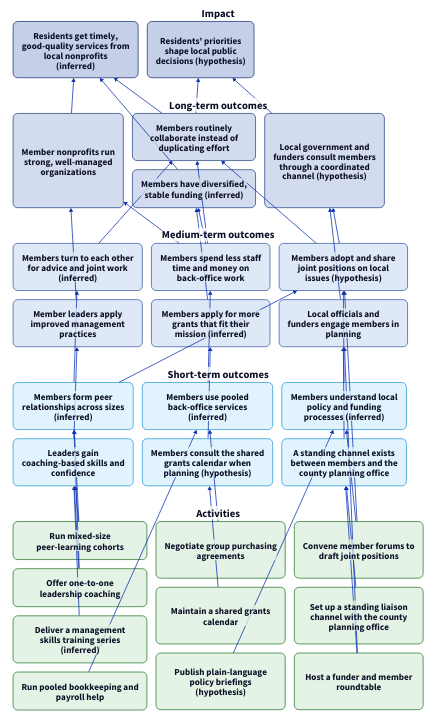
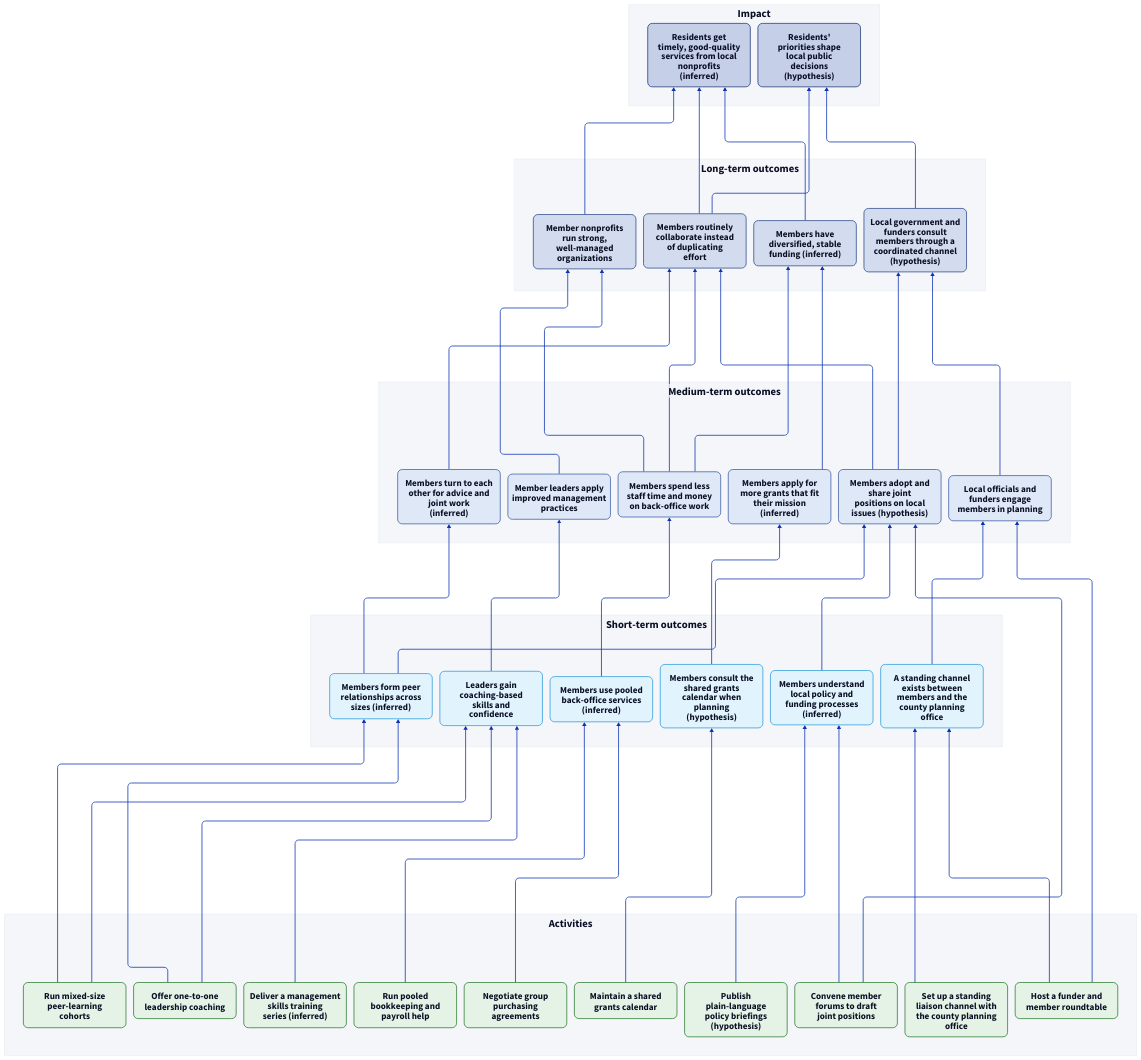
Before and after one commit to ProductBuildersHQ/impact-model: the first of 7 diagrams in pkg/document/testdata/intermediary-nonprofit.md, drawn with D2. The commit also changed other lines of this file and 8 other files, not shown here.

````diff
--- a/pkg/document/testdata/intermediary-nonprofit.md
+++ b/pkg/document/testdata/intermediary-nonprofit.md
@@ -19,6 +19,11 @@
 ```d2
-grid-rows: 5
-vertical-gap: 24
+vars: {
+  d2-config: {
+    layout-engine: elk
+  }
+}
+
+direction: up
 
 classes: {
   activities: {
@@ -26,160 +31,156 @@
     style.stroke: "#2e7d32"
     style.border-radius: 12
     style.font-size: 24
+    width: 270
   }
   impact: {
     style.fill: "#c5cfe8"
     style.stroke: "#1f3a7a"
     style.border-radius: 12
     style.font-size: 24
+    width: 270
   }
   long_term: {
     style.fill: "#d3dcee"
     style.stroke: "#2c4a8a"
     style.border-radius: 12
     style.font-size: 24
+    width: 270
   }
   medium_term: {
     style.fill: "#dfe8f6"
     style.stroke: "#3f5fa8"
     style.border-radius: 12
     style.font-size: 24
+    width: 270
   }
   short_term: {
     style.fill: "#e1f3fd"
     style.stroke: "#2d9cdb"
     style.border-radius: 12
     style.font-size: 24
+    width: 270
   }
   stage: {
-    style.fill: "transparent"
-    style.stroke-width: 0
+    style.fill: "#f4f6fa"
+    style.stroke: "#dde3ec"
+    style.stroke-width: 1
     style.font-size: 28
     style.bold: true
   }
 }
 
-impact: Impact {
-  grid-columns: 2
-  horizontal-gap: 24
-  vertical-gap: 24
+activities: Activities {
+  direction: right
   class: stage
 
-  "oc-resident-access": "Residents get timely,\ngood-quality services from\nlocal nonprofits\n(inferred)" {
-    class: impact
+  "int-peer-cohorts": "Run mixed-size\npeer-learning\ncohorts" {
+    class: activities
   }
-  "oc-resident-voice": "Residents' priorities\nshape local public\ndecisions (hypothesis)" {
-    class: impact
+  "int-leader-coaching": "Offer one-to-one\nleadership coaching" {
+    class: activities
+  }
+  "int-training-series": "Deliver a management\nskills training\nseries (inferred)" {
+    class: activities
+  }
+  "int-pooled-backoffice": "Run pooled\nbookkeeping and\npayroll help" {
+    class: activities
+  }
+  "int-group-purchasing": "Negotiate group\npurchasing\nagreements" {
+    class: activities
+  }
+  "int-grants-calendar": "Maintain a shared\ngrants calendar" {
+    class: activities
+  }
+  "int-policy-briefings": "Publish\nplain-language\npolicy briefings\n(hypothesis)" {
+    class: activities
+  }
+  "int-joint-forums": "Convene member\nforums to draft\njoint positions" {
+    class: activities
+  }
+  "int-liaison-channel": "Set up a standing\nliaison channel with\nthe county planning\noffice" {
+    class: activities
+  }
+  "int-funder-roundtable": "Host a funder and\nmember roundtable" {
+    class: activities
   }
 }
 
-long_term: Long-term outcomes {
-  grid-columns: 3
-  horizontal-gap: 24
-  vertical-gap: 24
+short_term: Short-term outcomes {
+  direction: right
   class: stage
 
-  "oc-lt-capable-members": "Member nonprofits run\nstrong, well-managed\norganizations" {
-    class: long_term
+  "oc-st-peer-ties": "Members form peer\nrelationships across\nsizes (inferred)" {
+    class: short_term
   }
-  "oc-lt-collab": "Members routinely\ncollaborate instead of\nduplicating effort" {
-    class: long_term
+  "oc-st-leader-skills": "Leaders gain\ncoaching-based\nskills and\nconfidence" {
+    class: short_term
   }
-  "oc-lt-sustainable": "Members have diversified,\nstable funding (inferred)" {
-    class: long_term
+  "oc-st-pooled-use": "Members use pooled\nback-office services\n(inferred)" {
+    class: short_term
   }
-  "oc-lt-collective-voice": "Local government and\nfunders consult members\nthrough a coordinated\nchannel (hypothesis)" {
-    class: long_term
+  "oc-st-calendar-use": "Members consult the\nshared grants\ncalendar when\nplanning\n(hypothesis)" {
+    class: short_term
+  }
+  "oc-st-policy-know": "Members understand\nlocal policy and\nfunding processes\n(inferred)" {
+    class: short_term
+  }
+  "oc-st-channel": "A standing channel\nexists between\nmembers and the\ncounty planning\noffice" {
+    class: short_term
   }
 }
 
 medium_term: Medium-term outcomes {
-  grid-columns: 3
-  horizontal-gap: 24
-  vertical-gap: 24
+  direction: right
   class: stage
 
-  "oc-im-peer-network": "Members turn to each other\nfor advice and joint work\n(inferred)" {
+  "oc-im-peer-network": "Members turn to each\nother for advice and\njoint work\n(inferred)" {
     class: medium_term
   }
   "oc-im-leaders-practice": "Member leaders apply\nimproved management\npractices" {
     class: medium_term
   }
-  "oc-im-lower-overhead": "Members spend less staff\ntime and money on\nback-office work" {
+  "oc-im-lower-overhead": "Members spend less\nstaff time and money\non back-office work" {
     class: medium_term
   }
-  "oc-im-grant-pipeline": "Members apply for more\ngrants that fit their\nmission (inferred)" {
+  "oc-im-grant-pipeline": "Members apply for\nmore grants that fit\ntheir mission\n(inferred)" {
     class: medium_term
   }
-  "oc-im-joint-positions": "Members adopt and share\njoint positions on local\nissues (hypothesis)" {
+  "oc-im-joint-positions": "Members adopt and\nshare joint\npositions on local\nissues (hypothesis)" {
     class: medium_term
   }
-  "oc-im-officials-engage": "Local officials and\nfunders engage members in\nplanning" {
+  "oc-im-officials-engage": "Local officials and\nfunders engage\nmembers in planning" {
     class: medium_term
   }
 }
 
-short_term: Short-term outcomes {
-  grid-columns: 3
-  horizontal-gap: 24
-  vertical-gap: 24
+long_term: Long-term outcomes {
+  direction: right
   class: stage
 
-  "oc-st-peer-ties": "Members form peer\nrelationships across sizes\n(inferred)" {
-    class: short_term
+  "oc-lt-capable-members": "Member nonprofits\nrun strong,\nwell-managed\norganizations" {
+    class: long_term
   }
-  "oc-st-leader-skills": "Leaders gain\ncoaching-based skills and\nconfidence" {
-    class: short_term
+  "oc-lt-collab": "Members routinely\ncollaborate instead\nof duplicating\neffort" {
+    class: long_term
   }
-  "oc-st-pooled-use": "Members use pooled\nback-office services\n(inferred)" {
-    class: short_term
+  "oc-lt-sustainable": "Members have\ndiversified, stable\nfunding (inferred)" {
+    class: long_term
   }
-  "oc-st-calendar-use": "Members consult the shared\ngrants calendar when\nplanning (hypothesis)" {
-    class: short_term
-  }
-  "oc-st-policy-know": "Members understand local\npolicy and funding\nprocesses (inferred)" {
-    class: short_term
-  }
-  "oc-st-channel": "A standing channel exists\nbetween members and the\ncounty planning office" {
-    class: short_term
+  "oc-lt-collective-voice": "Local government and\nfunders consult\nmembers through a\ncoordinated channel\n(hypothesis)" {
+    class: long_term
   }
 }
 
-activities: Activities {
-  grid-columns: 3
-  horizontal-gap: 24
-  vertical-gap: 24
+impact: Impact {
+  direction: right
   class: stage
 
-  "int-peer-cohorts": "Run mixed-size\npeer-learning cohorts" {
-    class: activities
+  "oc-resident-access": "Residents get\ntimely, good-quality\nservices from local\nnonprofits\n(inferred)" {
+    class: impact
   }
-  "int-leader-coaching": "Offer one-to-one\nleadership coaching" {
-    class: activities
-  }
-  "int-training-series": "Deliver a management\nskills training series\n(inferred)" {
-    class: activities
-  }
-  "int-pooled-backoffice": "Run pooled bookkeeping and\npayroll help" {
-    class: activities
-  }
-  "int-group-purchasing": "Negotiate group purchasing\nagreements" {
-    class: activities
-  }
-  "int-grants-calendar": "Maintain a shared grants\ncalendar" {
-    class: activities
-  }
-  "int-policy-briefings": "Publish plain-language\npolicy briefings\n(hypothesis)" {
-    class: activities
-  }
-  "int-joint-forums": "Convene member forums to\ndraft joint positions" {
-    class: activities
-  }
-  "int-liaison-channel": "Set up a standing liaison\nchannel with the county\nplanning office" {
-    class: activities
-  }
-  "int-funder-roundtable": "Host a funder and member\nroundtable" {
-    class: activities
+  "oc-resident-voice": "Residents'\npriorities shape\nlocal public\ndecisions\n(hypothesis)" {
+    class: impact
   }
 }
 
````
